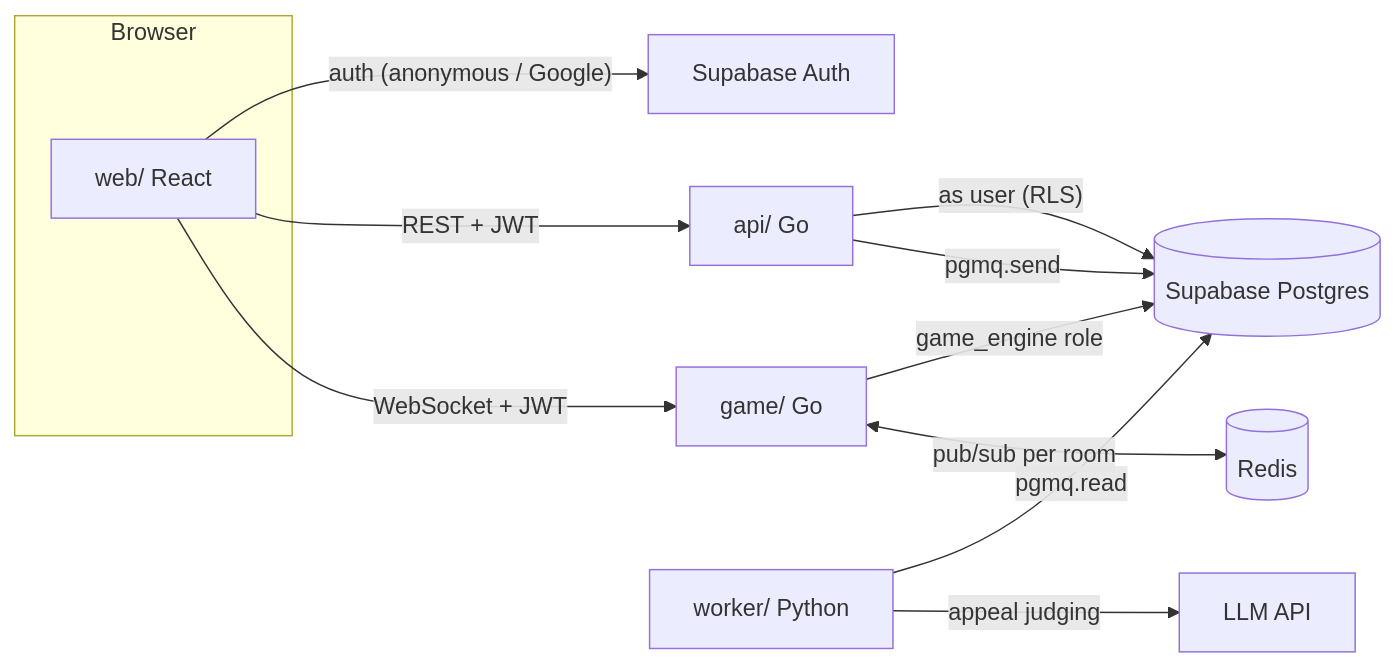
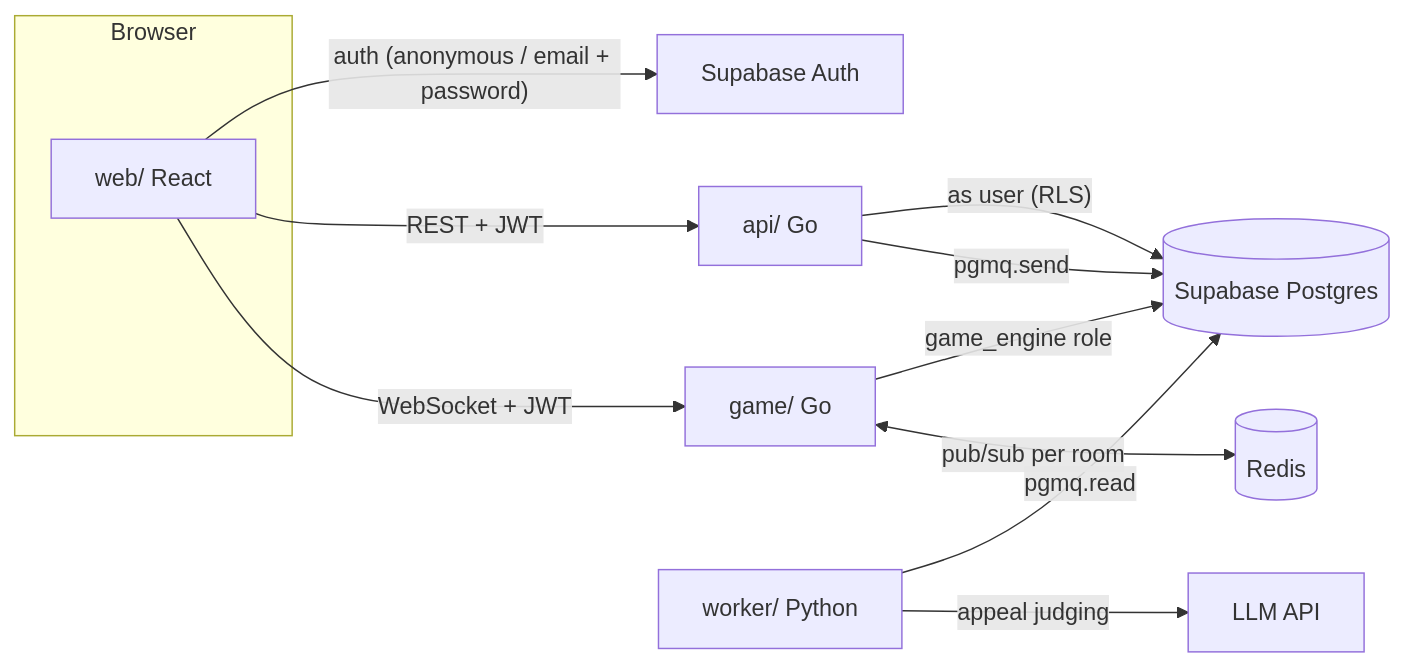
One commit to wygarner/schmegettes changed the diagram in docs/system-docs/architecture/system-overview.md. Above: the diagram before and after it, drawn with Mermaid. The commit also changed 168 other files, not shown here.

````diff
--- a/docs/system-docs/architecture/system-overview.md
+++ b/docs/system-docs/architecture/system-overview.md
@@ -5,15 +5,15 @@
 ```mermaid
 flowchart LR
   subgraph Browser
     web[web/ React]
   end
-  web -- "auth (anonymous / Google)" --> sbauth[Supabase Auth]
+  web -- "auth (anonymous / email + password)" --> sbauth[Supabase Auth]
   web -- "REST + JWT" --> api[api/ Go]
   web -- "WebSocket + JWT" --> game[game/ Go]
   api -- "as user (RLS)" --> db[(Supabase Postgres)]
   game -- "game_engine role" --> db
   game <-- "pub/sub per room" --> redis[(Redis)]
   api -- "pgmq.send" --> db
   worker[worker/ Python] -- "pgmq.read" --> db
   worker -- "appeal judging" --> llm[LLM API]
 ```
````
